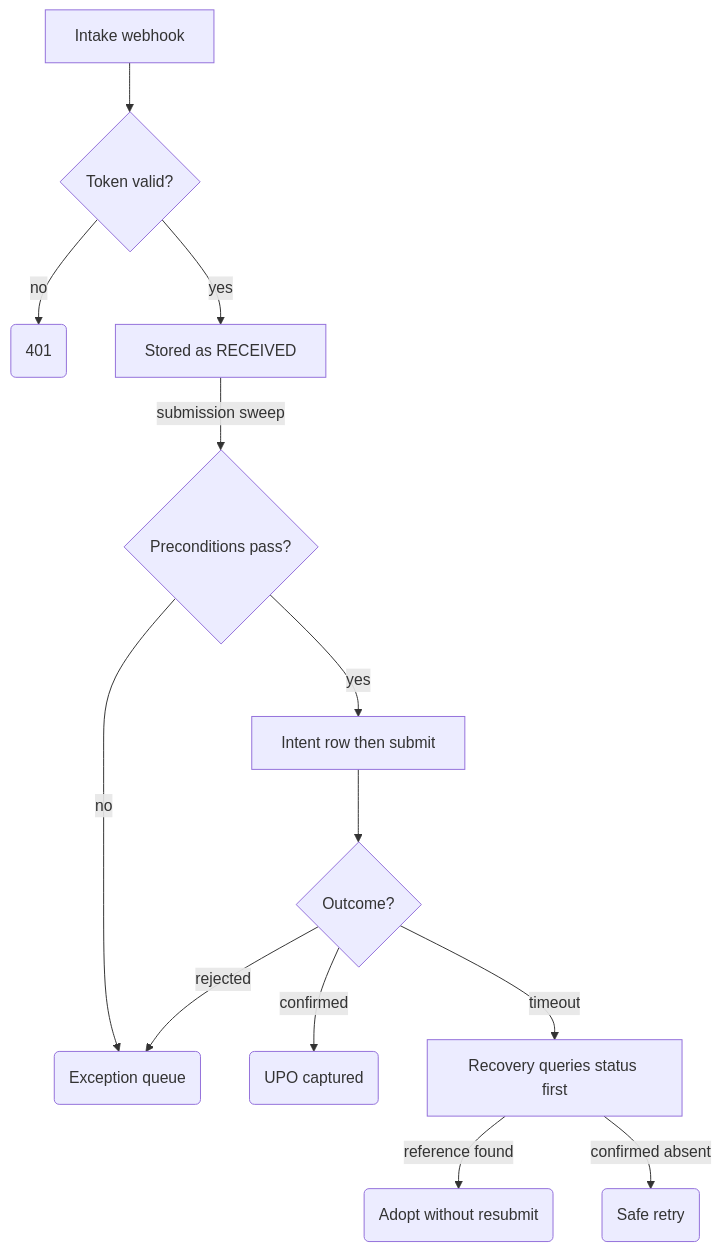
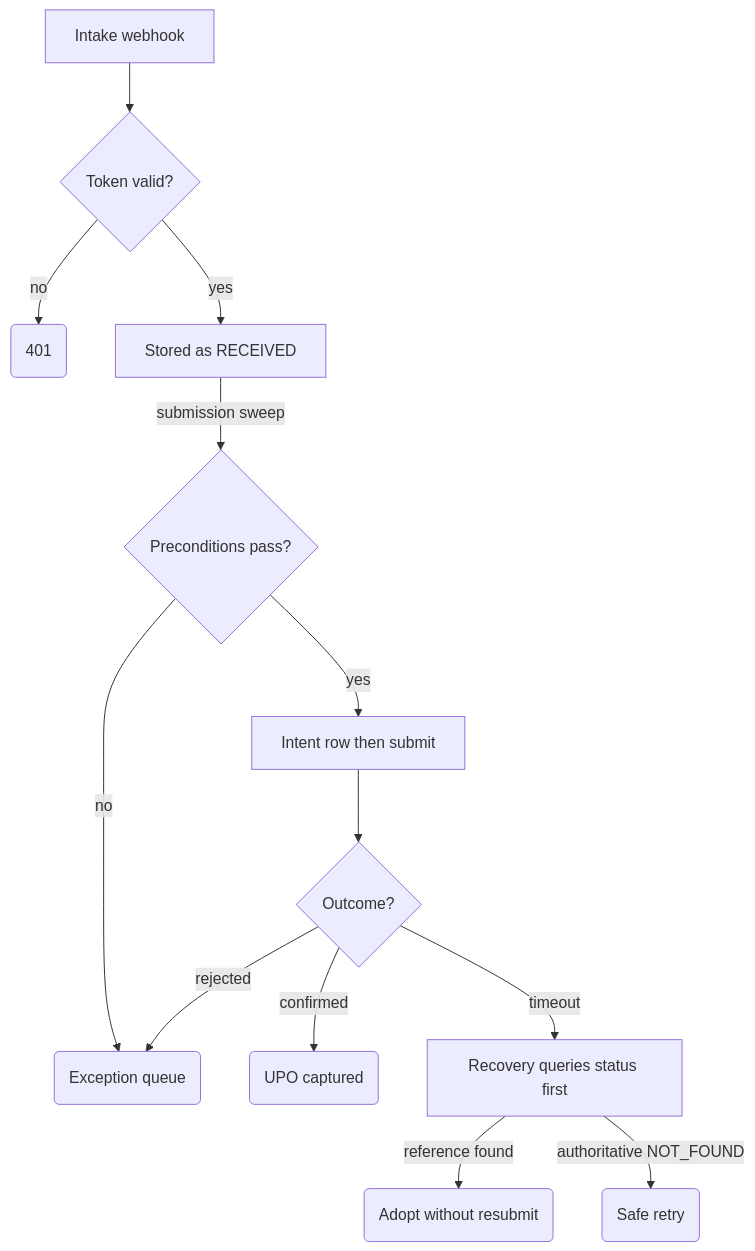
One commit to kuliberdalabs/n8n-sme-workflows changed the diagram in workflows/07-ksef-exception-desk/README.md. Above: the diagram before and after it, drawn with Mermaid. The commit also changed other lines of this file and 1 other file, not shown here.

````diff
--- a/workflows/07-ksef-exception-desk/README.md
+++ b/workflows/07-ksef-exception-desk/README.md
@@ -14,15 +14,15 @@
 ```mermaid
 flowchart TD
   W[Intake webhook] --> T{Token valid?}
   T -- no --> R401(401)
   T -- yes --> P[Stored as RECEIVED]
   P -- "submission sweep" --> G{Preconditions pass?}
   G -- no --> EX(Exception queue)
   G -- yes --> SUB[Intent row then submit]
   SUB --> O{Outcome?}
   O -- confirmed --> UPO(UPO captured)
   O -- rejected --> EX
   O -- timeout --> RC[Recovery queries status first]
   RC -- "reference found" --> AD(Adopt without resubmit)
-  RC -- "confirmed absent" --> RT(Safe retry)
+  RC -- "authoritative NOT_FOUND" --> RT(Safe retry)
 ```
````
